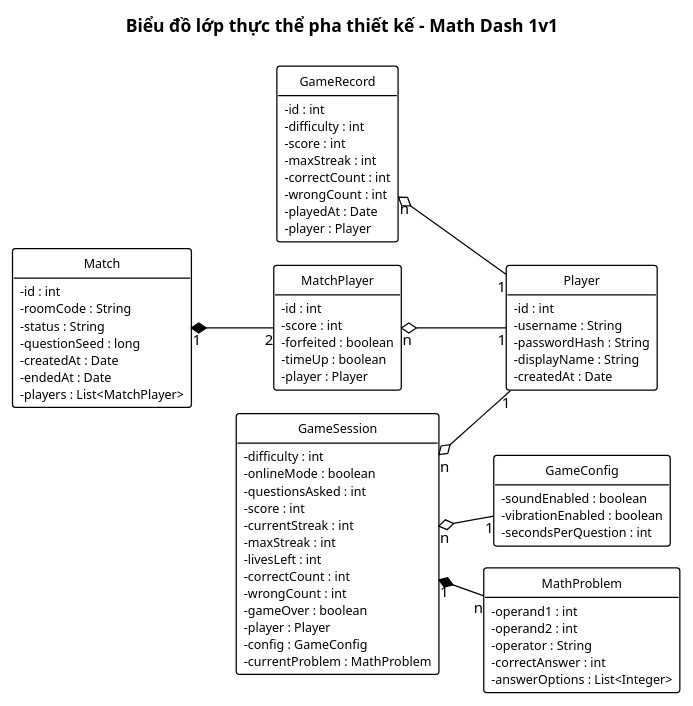
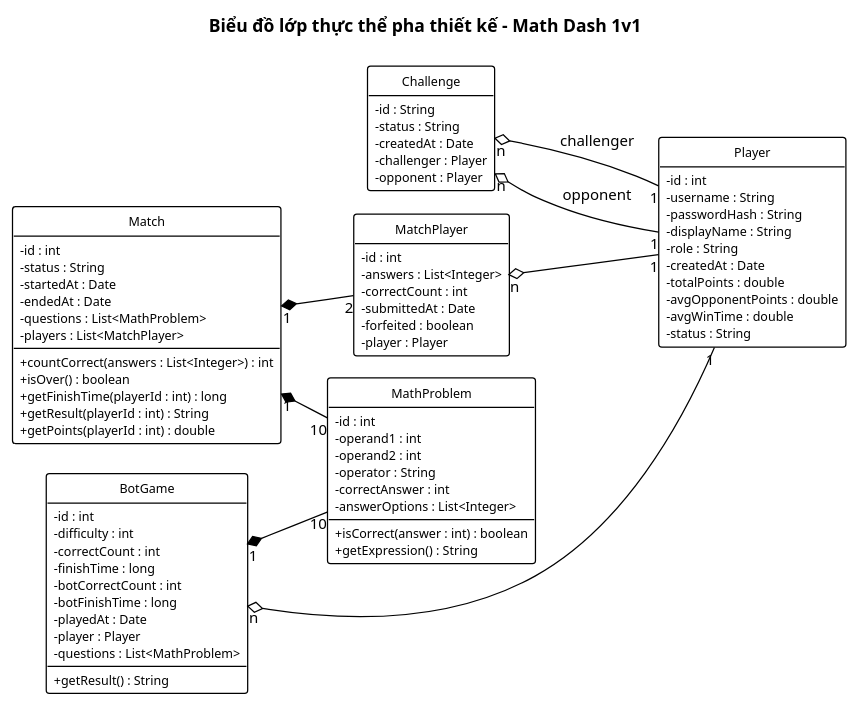
The diagram in docs/chung/lop-thuc-the-thiet-ke.puml (HungNguyenBa1811/math-dash), drawn with PlantUML before and after one commit. The commit also changed 10 other files, not shown here.

```diff
--- a/docs/chung/lop-thuc-the-thiet-ke.puml
+++ b/docs/chung/lop-thuc-the-thiet-ke.puml
@@ -1,90 +1,93 @@
 @startuml lop-thuc-the-thiet-ke
 !pragma layout smetana
 ' === VP Base Theme v2 ===
 skinparam defaultFontName "Segoe UI"
 skinparam defaultFontSize 12
 skinparam shadowing false
 skinparam arrowColor #000000
 skinparam lineColor #000000
 hide circle
 hide empty members
 skinparam classAttributeIconSize 0
 skinparam class {
   BackgroundColor #FFFFFF
   BorderColor #000000
   FontColor #000000
   FontSize 11
   AttributeFontSize 10
   BorderThickness 1
 }
 left to right direction
 title Biểu đồ lớp thực thể pha thiết kế – Math Dash 1v1
 
 class Player {
   - id : int
   - username : String
   - passwordHash : String
   - displayName : String
+  - role : String
   - createdAt : Date
-}
-class GameConfig {
-  - soundEnabled : boolean
-  - vibrationEnabled : boolean
-  - secondsPerQuestion : int
+  - totalPoints : double
+  - avgOpponentPoints : double
+  - avgWinTime : double
+  - status : String
 }
 class MathProblem {
+  - id : int
   - operand1 : int
   - operand2 : int
   - operator : String
   - correctAnswer : int
   - answerOptions : List<Integer>
+  + isCorrect(answer : int) : boolean
+  + getExpression() : String
 }
-class GameSession {
-  - difficulty : int
-  - onlineMode : boolean
-  - questionsAsked : int
-  - score : int
-  - currentStreak : int
-  - maxStreak : int
-  - livesLeft : int
-  - correctCount : int
-  - wrongCount : int
-  - gameOver : boolean
-  - player : Player
-  - config : GameConfig
-  - currentProblem : MathProblem
-}
-class GameRecord {
-  - id : int
-  - difficulty : int
-  - score : int
-  - maxStreak : int
-  - correctCount : int
-  - wrongCount : int
-  - playedAt : Date
-  - player : Player
+class Challenge {
+  - id : String
+  - status : String
+  - createdAt : Date
+  - challenger : Player
+  - opponent : Player
 }
 class Match {
   - id : int
-  - roomCode : String
   - status : String
-  - questionSeed : long
-  - createdAt : Date
+  - startedAt : Date
   - endedAt : Date
+  - questions : List<MathProblem>
   - players : List<MatchPlayer>
+  + countCorrect(answers : List<Integer>) : int
+  + isOver() : boolean
+  + getFinishTime(playerId : int) : long
+  + getResult(playerId : int) : String
+  + getPoints(playerId : int) : double
 }
 class MatchPlayer {
   - id : int
-  - score : int
+  - answers : List<Integer>
+  - correctCount : int
+  - submittedAt : Date
   - forfeited : boolean
-  - timeUp : boolean
   - player : Player
 }
+class BotGame {
+  - id : int
+  - difficulty : int
+  - correctCount : int
+  - finishTime : long
+  - botCorrectCount : int
+  - botFinishTime : long
+  - playedAt : Date
+  - player : Player
+  - questions : List<MathProblem>
+  + getResult() : String
+}
 
-GameSession "n" o-- "1" Player
-GameSession "n" o-- "1" GameConfig
-GameSession "1" *-- "n" MathProblem
-GameRecord "n" o-- "1" Player
+Challenge "n" o-- "1" Player : challenger
+Challenge "n" o-- "1" Player : opponent
 Match "1" *-- "2" MatchPlayer
 MatchPlayer "n" o-- "1" Player
+Match "1" *-- "10" MathProblem
+BotGame "n" o-- "1" Player
+BotGame "1" *-- "10" MathProblem
 @enduml
```
